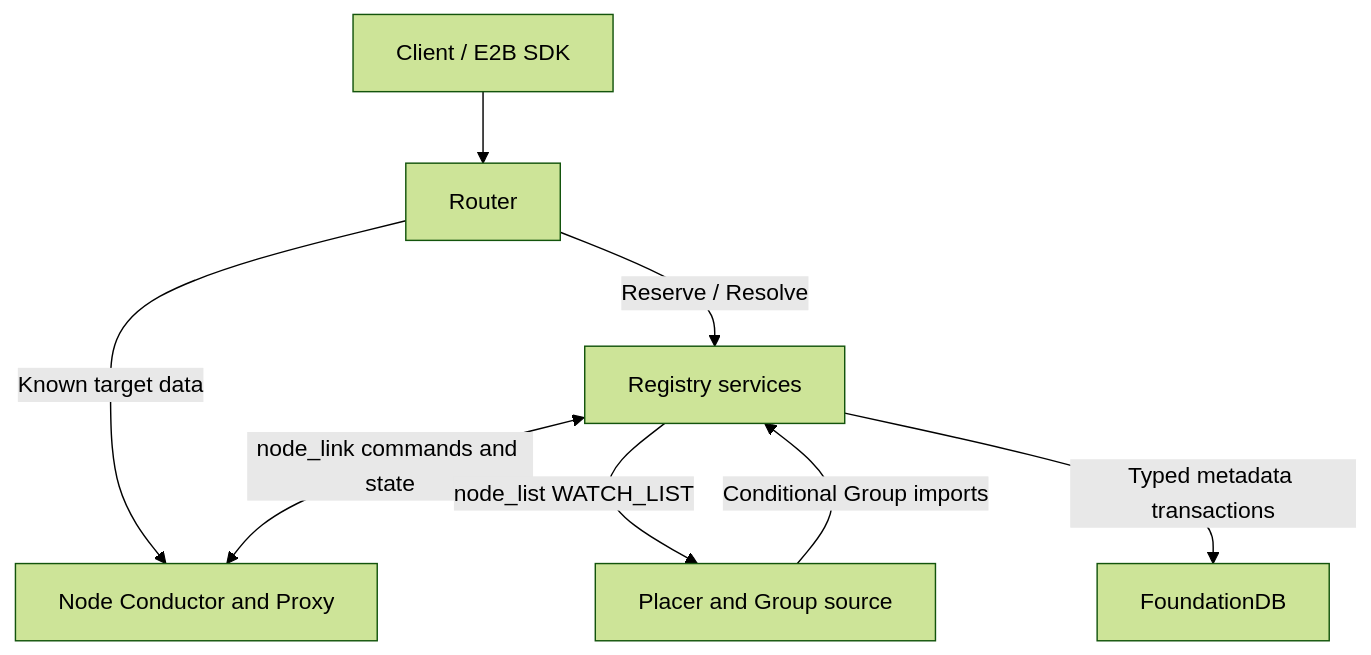
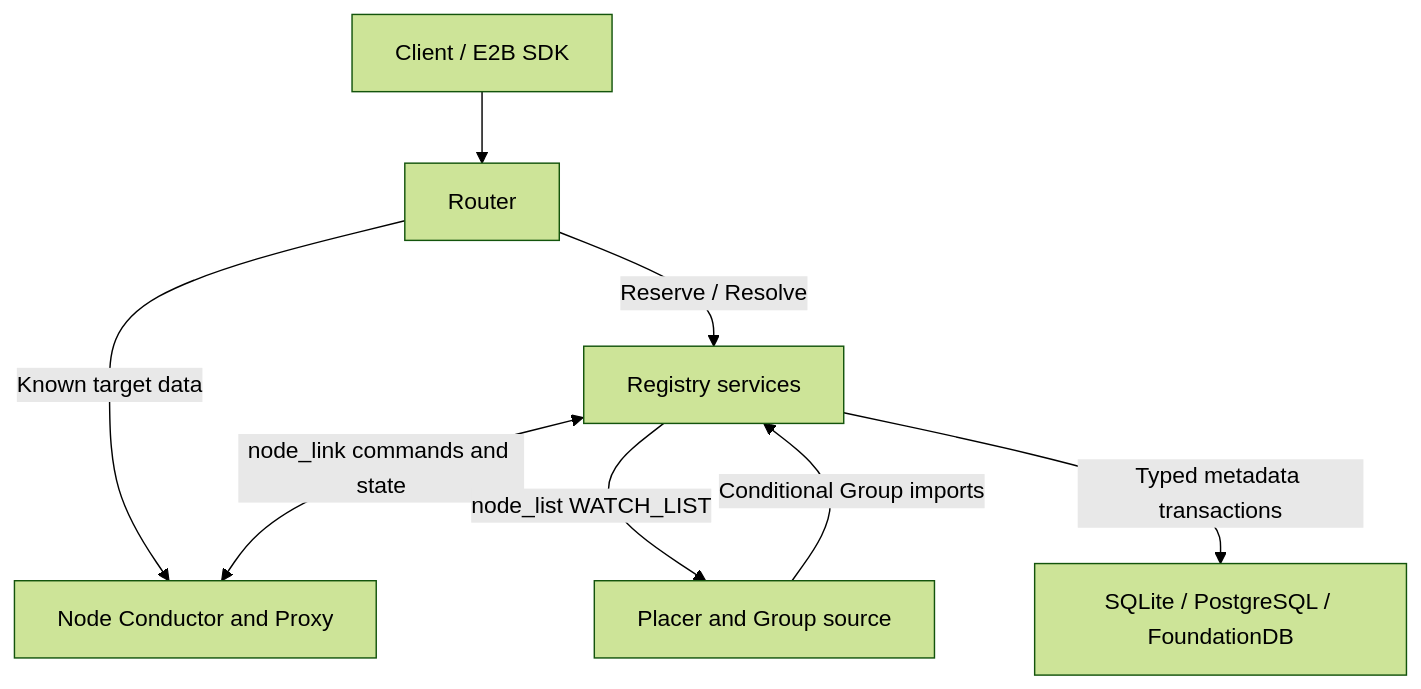
The first of 2 diagrams in docs/cluster.md (kuasar-sandbox/orchestrator), drawn with Mermaid (forest theme) before and after one commit. The commit also changed other lines of this file and 10 other files, not shown here.

````diff
--- a/docs/cluster.md
+++ b/docs/cluster.md
@@ -27,10 +27,10 @@
 ```mermaid
 flowchart TD
   client["Client / E2B SDK"] --> router["Router"]
   router -->|"Reserve / Resolve"| registry["Registry services"]
   router -->|"Known target data"| node["Node Conductor and Proxy"]
   registry <-->|"node_link commands and state"| node
   placer["Placer and Group source"] -->|"Conditional Group imports"| registry
   registry -->|"node_list WATCH_LIST"| placer
-  registry -->|"Typed metadata transactions"| fdb["FoundationDB"]
+  registry -->|"Typed metadata transactions"| db["SQLite / PostgreSQL / FoundationDB"]
 ```
````
